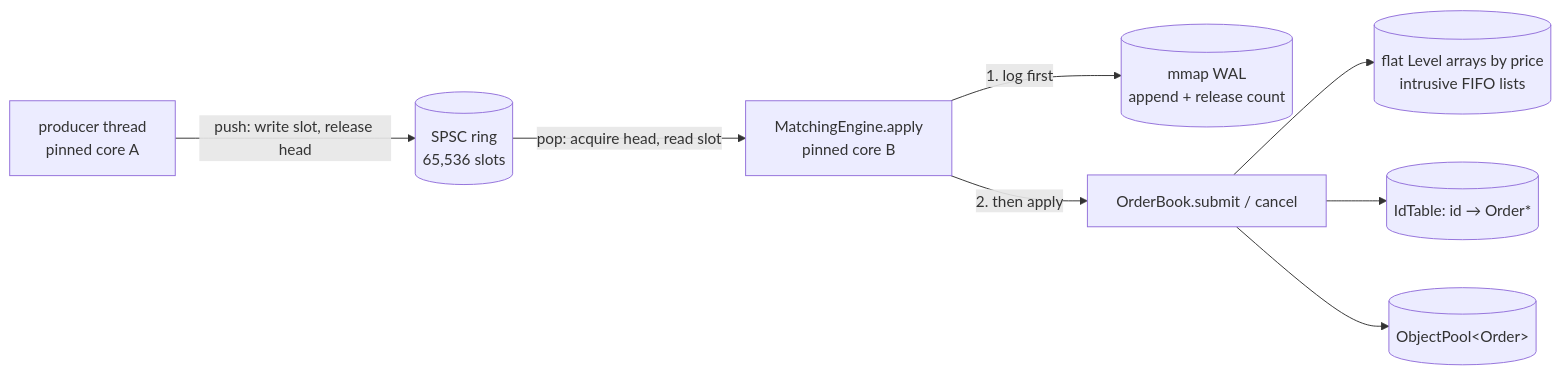
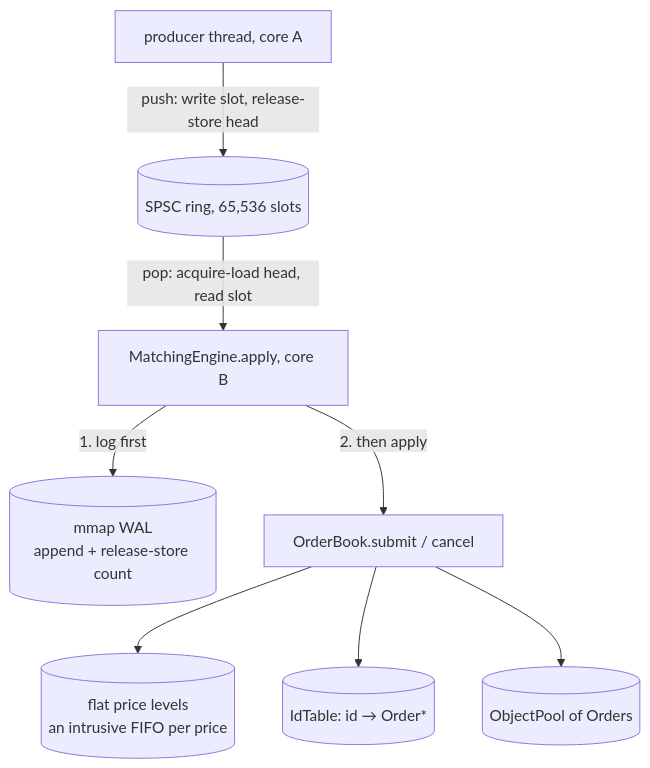
Before and after one commit to jayavardhan-g/projects-vault: the fifth of 7 diagrams in Interview prep/Days/Day 13 - DECS and Micro Exchange.md, drawn with Mermaid. The commit also changed other lines of this file and 12 other files, not shown here.

First line of the commit message:
projects: Days 2-14 "Code, explained": full-width top-to-bottom diagrams, a figure per section, and a step-by-step flow per day

````diff
--- a/Interview prep/Days/Day 13 - DECS and Micro Exchange.md
+++ b/Interview prep/Days/Day 13 - DECS and Micro Exchange.md
@@ -280,10 +331,10 @@
 ```mermaid
-flowchart LR
-  PR["producer thread<br/>pinned core A"] -->|"push: write slot, release head"| RB[("SPSC ring<br/>65,536 slots")]
-  RB -->|"pop: acquire head, read slot"| ME["MatchingEngine.apply<br/>pinned core B"]
-  ME -->|"1. log first"| WAL[("mmap WAL<br/>append + release count")]
+flowchart TB
+  PR["producer thread, core A"] -->|"push: write slot, release-store head"| RB[("SPSC ring, 65,536 slots")]
+  RB -->|"pop: acquire-load head, read slot"| ME["MatchingEngine.apply, core B"]
+  ME -->|"1. log first"| WAL[("mmap WAL<br/>append + release-store count")]
   ME -->|"2. then apply"| OB["OrderBook.submit / cancel"]
-  OB --> LV[("flat Level arrays by price<br/>intrusive FIFO lists")]
+  OB --> LV[("flat price levels<br/>an intrusive FIFO per price")]
   OB --> IX[("IdTable: id → Order*")]
-  OB --> POOL[("ObjectPool&lt;Order&gt;")]
+  OB --> POOL[("ObjectPool of Orders")]
 ```
````
